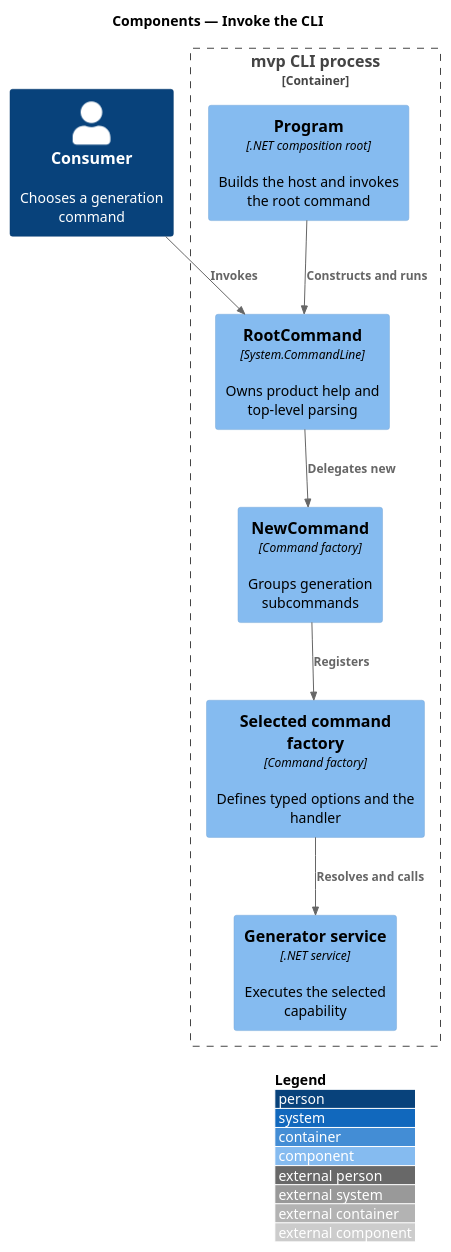
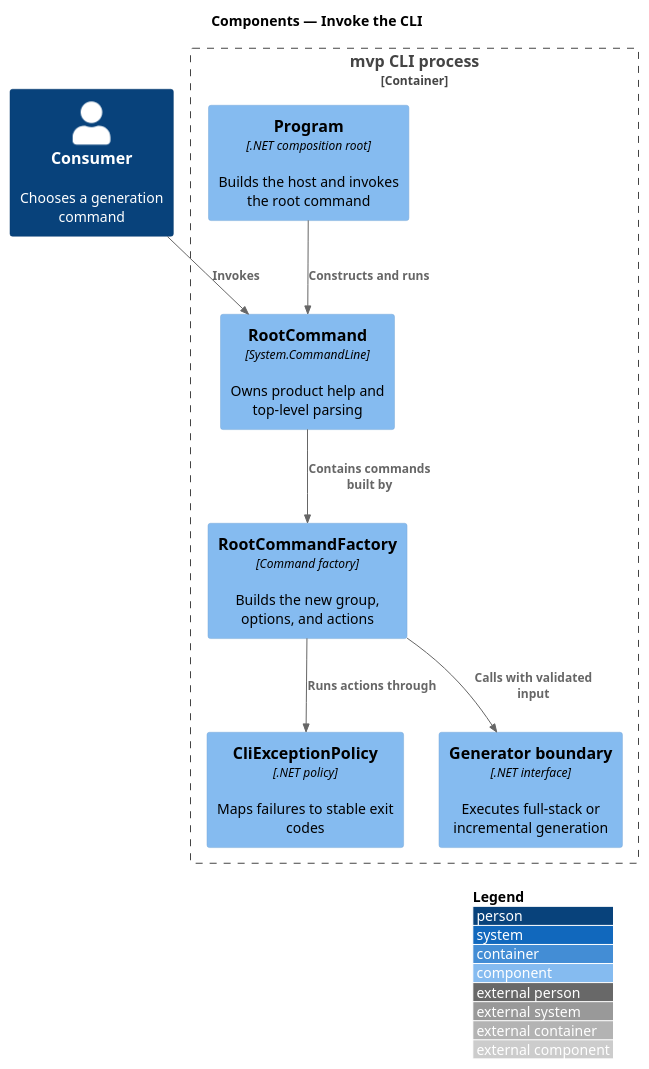
The diagram in docs/detailed-designs/command-line/invoke-the-cli/diagrams/c4-component.puml (QuinntyneBrown/mvp), drawn with PlantUML before and after one commit. The commit also changed 63 other files, not shown here.

First line of the commit message:
docs: update requirements, designs, README, and skill for the new architecture

```diff
--- a/docs/detailed-designs/command-line/invoke-the-cli/diagrams/c4-component.puml
+++ b/docs/detailed-designs/command-line/invoke-the-cli/diagrams/c4-component.puml
@@ -1,20 +1,20 @@
 @startuml
 !include <C4/C4_Component>
 LAYOUT_WITH_LEGEND()
 title Components — Invoke the CLI
 
 Person(consumer, "Consumer", "Chooses a generation command")
 Container_Boundary(cli, "mvp CLI process") {
   Component(program, "Program", ".NET composition root", "Builds the host and invokes the root command")
   Component(root, "RootCommand", "System.CommandLine", "Owns product help and top-level parsing")
-  Component(newCommand, "NewCommand", "Command factory", "Groups generation subcommands")
-  Component(selected, "Selected command factory", "Command factory", "Defines typed options and the handler")
-  Component(generator, "Generator service", ".NET service", "Executes the selected capability")
+  Component(factory, "RootCommandFactory", "Command factory", "Builds the new group, options, and actions")
+  Component(policy, "CliExceptionPolicy", ".NET policy", "Maps failures to stable exit codes")
+  Component(generator, "Generator boundary", ".NET interface", "Executes full-stack or incremental generation")
 }
 
 Rel(consumer, root, "Invokes")
 Rel(program, root, "Constructs and runs")
-Rel(root, newCommand, "Delegates new")
-Rel(newCommand, selected, "Registers")
-Rel(selected, generator, "Resolves and calls")
+Rel(root, factory, "Contains commands built by")
+Rel(factory, policy, "Runs actions through")
+Rel(factory, generator, "Calls with validated input")
 @enduml
```
